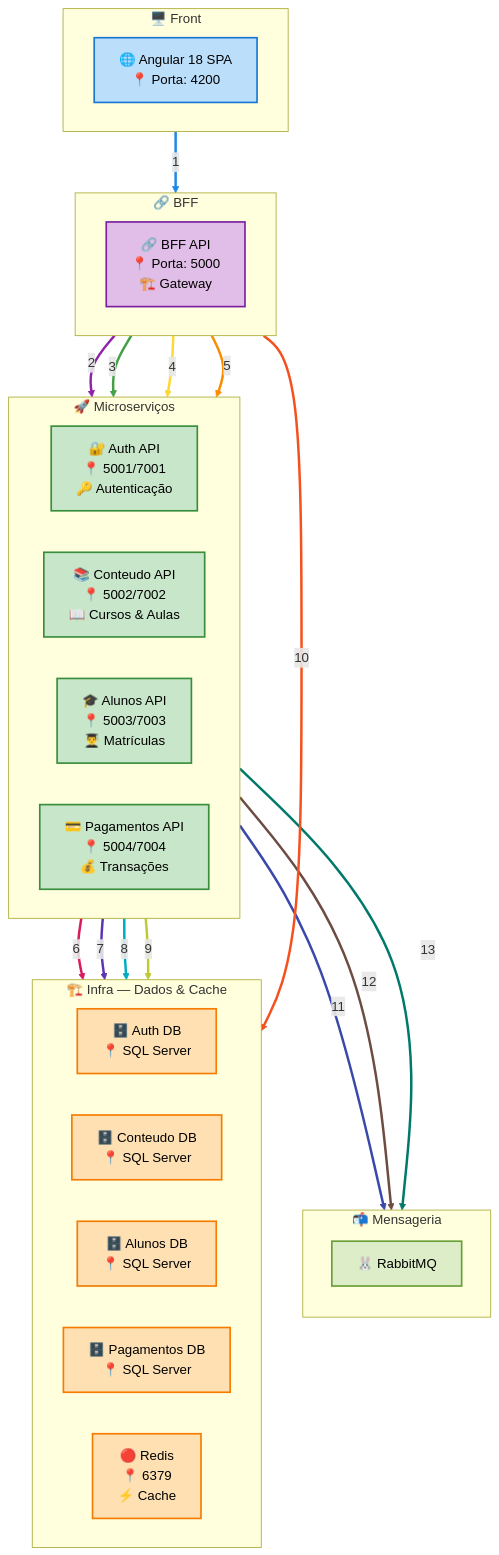
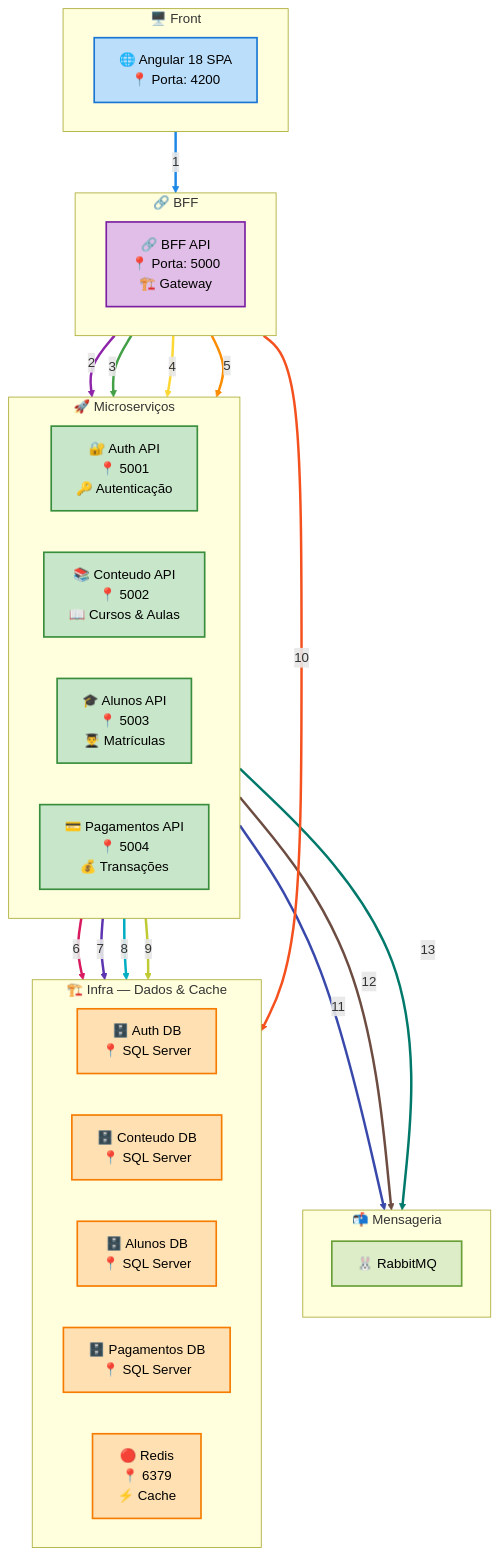
One commit to jasonamaral/mba.modulo4 changed the diagram in README.md. Above: the diagram before and after it, drawn with Mermaid. The commit also changed other lines of this file, not shown here.

```diff
--- a/README.md
+++ b/README.md
@@ -43,10 +42,10 @@
   end
  subgraph Microservicos["🚀 Microserviços"]
     direction LR
-        Auth["🔐 Auth API<br>📍 5001/7001<br>🔑 Autenticação"]
-        Conteudo["📚 Conteudo API<br>📍 5002/7002<br>📖 Cursos &amp; Aulas"]
-        Alunos["🎓 Alunos API<br>📍 5003/7003<br>👨‍🎓 Matrículas"]
-        Pagamentos["💳 Pagamentos API<br>📍 5004/7004<br>💰 Transações"]
+        Auth["🔐 Auth API<br>📍 5001<br>🔑 Autenticação"]
+        Conteudo["📚 Conteudo API<br>📍 5002<br>📖 Cursos &amp; Aulas"]
+        Alunos["🎓 Alunos API<br>📍 5003<br>👨‍🎓 Matrículas"]
+        Pagamentos["💳 Pagamentos API<br>📍 5004<br>💰 Transações"]
   end
  subgraph Infra["🏗️ Infra — Dados & Cache"]
     direction LR
```
